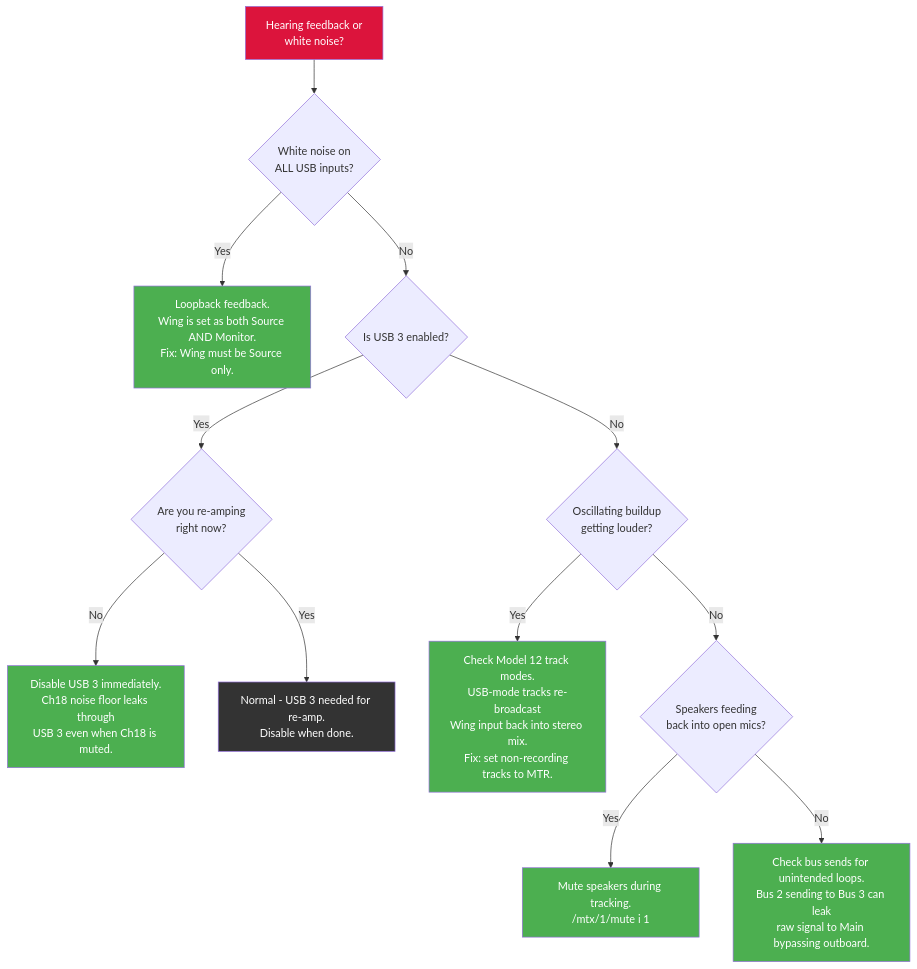
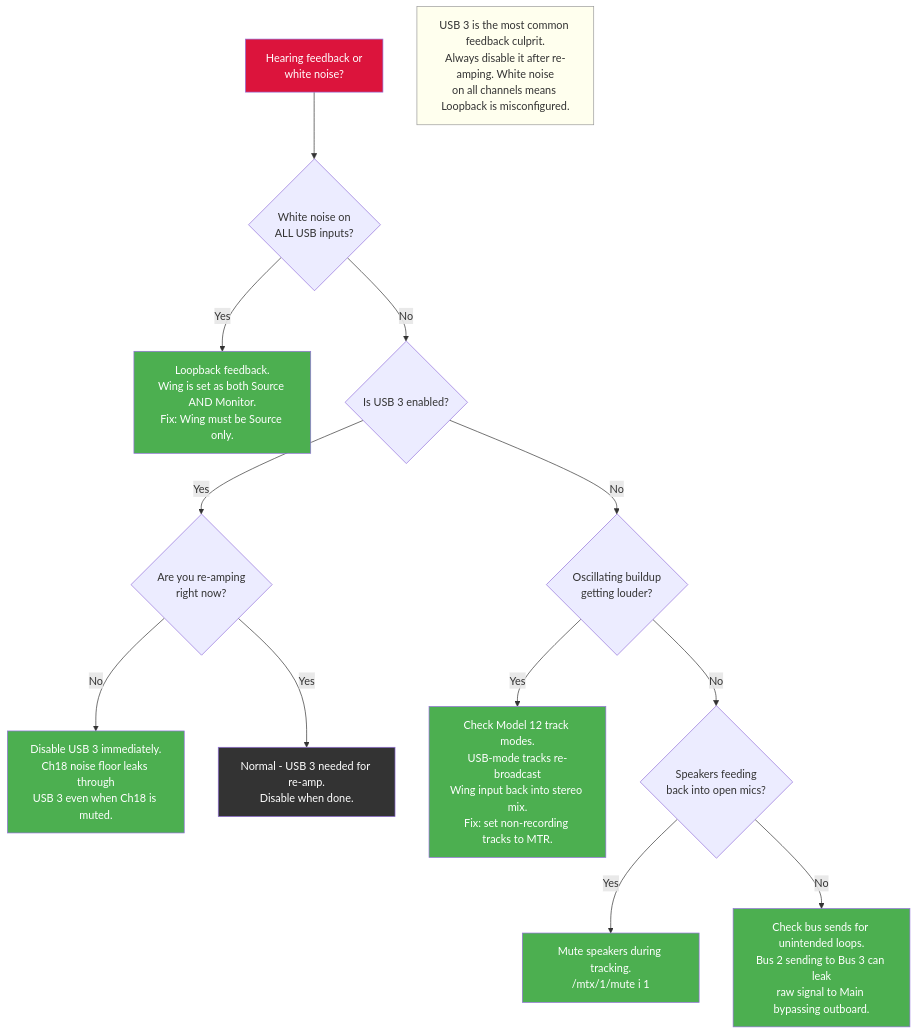
Before and after one commit to ldenman/studio-setup: diagram 13 of 19 in docs/diagrams.md, drawn with Mermaid. The commit also changed other lines of this file, not shown here.

First line of the commit message:
Add names to all bus/channel references, summary notes on every diagram

````diff
--- a/docs/diagrams.md
+++ b/docs/diagrams.md
@@ -477,26 +499,29 @@
 ```mermaid
 flowchart TD
     START[Hearing feedback or<br/>white noise?] --> Q1{White noise on<br/>ALL USB inputs?}
 
     Q1 -->|Yes| FIX1[Loopback feedback.<br/>Wing is set as both Source AND Monitor.<br/>Fix: Wing must be Source only.]
     Q1 -->|No| Q2{Is USB 3 enabled?}
 
     Q2 -->|Yes| Q3{Are you re-amping<br/>right now?}
     Q3 -->|No| FIX2[Disable USB 3 immediately.<br/>Ch18 noise floor leaks through<br/>USB 3 even when Ch18 is muted.]
     Q3 -->|Yes| OK1[Normal - USB 3 needed for re-amp.<br/>Disable when done.]
 
     Q2 -->|No| Q4{Oscillating buildup<br/>getting louder?}
     Q4 -->|Yes| FIX3[Check Model 12 track modes.<br/>USB-mode tracks re-broadcast<br/>Wing input back into stereo mix.<br/>Fix: set non-recording tracks to MTR.]
     Q4 -->|No| Q5{Speakers feeding<br/>back into open mics?}
 
     Q5 -->|Yes| FIX4[Mute speakers during tracking.<br/>/mtx/1/mute i 1]
     Q5 -->|No| FIX5[Check bus sends for unintended loops.<br/>Bus 2 sending to Bus 3 can leak<br/>raw signal to Main bypassing outboard.]
 
+    NOTE[USB 3 is the most common feedback culprit.<br/>Always disable it after re-amping. White noise<br/>on all channels means Loopback is misconfigured.]
+
+    style NOTE fill:#ffe,stroke:#999
     style START fill:#DC143C,color:#fff
     style FIX1 fill:#4CAF50,color:#fff
     style FIX2 fill:#4CAF50,color:#fff
     style FIX3 fill:#4CAF50,color:#fff
     style FIX4 fill:#4CAF50,color:#fff
     style FIX5 fill:#4CAF50,color:#fff
     style OK1 fill:#333,color:#fff
 ```
````
